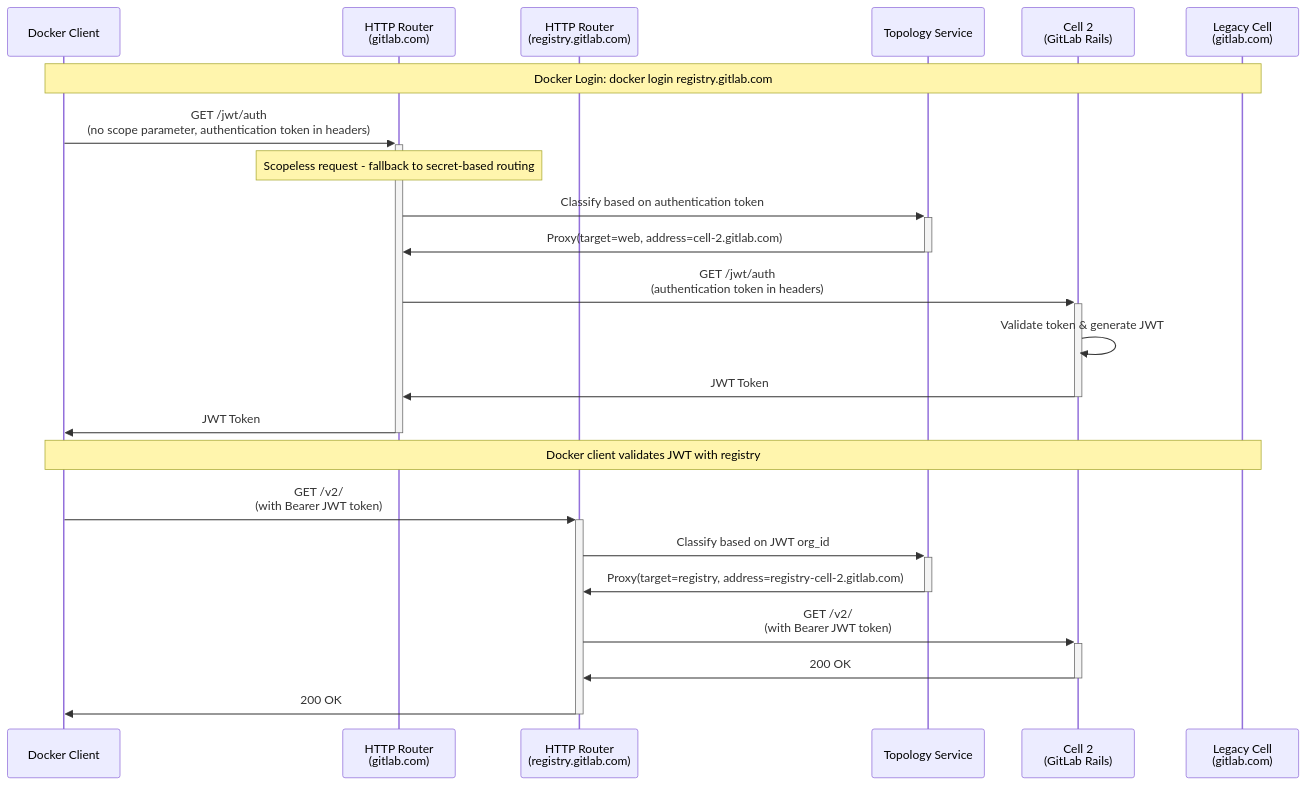
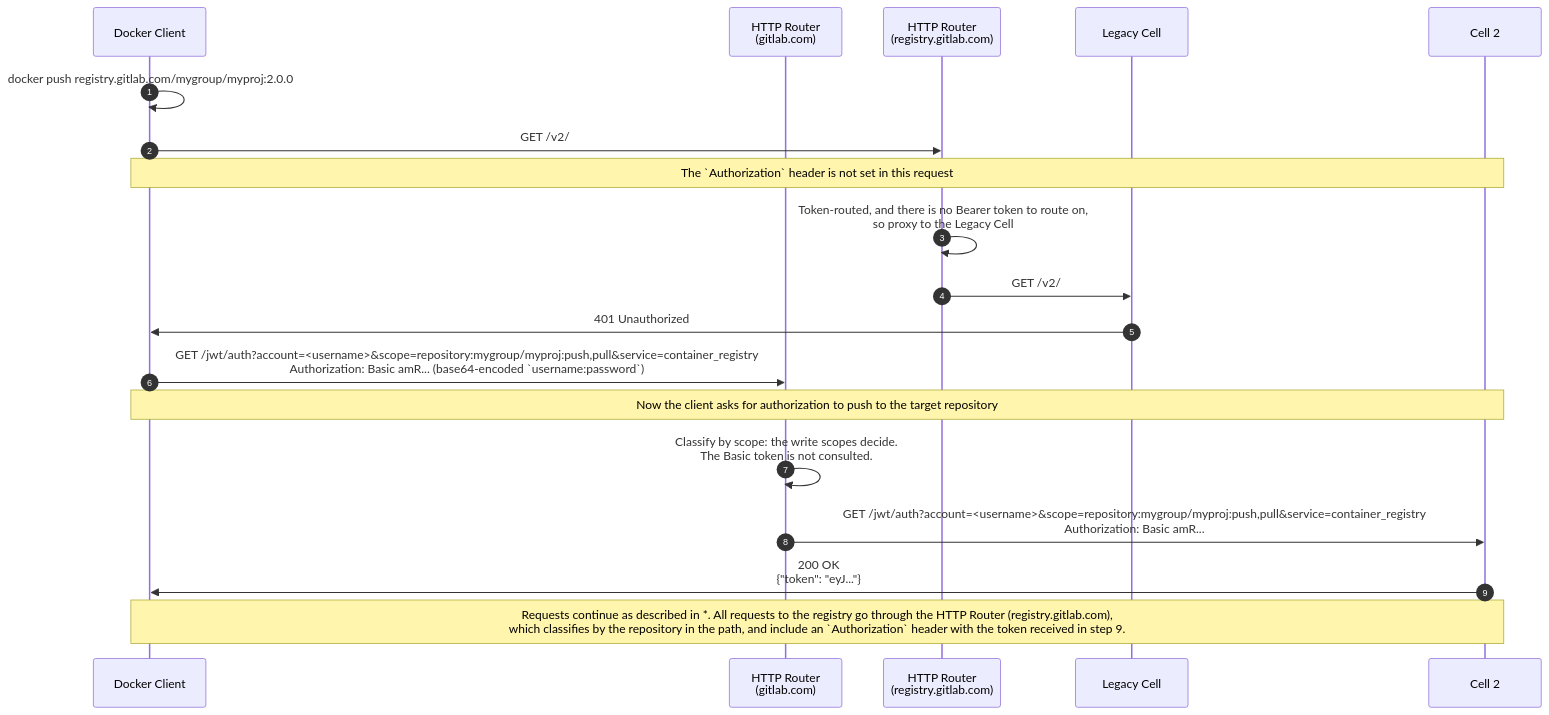
The seventh of 14 diagrams in content/handbook/engineering/architecture/design-documents/cells/container_registry_routing_service.md (kyama0/gitlab-handbook-ja), drawn with Mermaid before and after one commit. The commit also changed other lines of this file and 61 other files, not shown here.

````diff
--- a/content/handbook/engineering/architecture/design-documents/cells/container_registry_routing_service.md
+++ b/content/handbook/engineering/architecture/design-documents/cells/container_registry_routing_service.md
@@ -235,28 +357,21 @@
 ```mermaid
 sequenceDiagram
-    participant Docker as Docker Client
-    participant GitLabRouter as HTTP Router<br/>(gitlab.com)
-    participant RegistryRouter as HTTP Router<br/>(registry.gitlab.com)
-    participant TS as Topology Service
-    participant Cell2 as Cell 2<br/>(GitLab Rails)
-    participant Legacy as Legacy Cell<br/>(gitlab.com)
-
-    Note over Docker,Legacy: Docker Login: docker login registry.gitlab.com
-    
-    Docker->>+GitLabRouter: GET /jwt/auth<br/>(no scope parameter, authentication token in headers)
-    Note over GitLabRouter: Scopeless request - fallback to secret-based routing
-    GitLabRouter->>+TS: Classify based on authentication token
-    TS->>-GitLabRouter: Proxy(target=web, address=cell-2.gitlab.com)
-    GitLabRouter->>+Cell2: GET /jwt/auth<br/>(authentication token in headers)
-    Cell2->>Cell2: Validate token & generate JWT
-    Cell2->>-GitLabRouter: JWT Token
-    GitLabRouter->>-Docker: JWT Token
-    
-    Note over Docker,Legacy: Docker client validates JWT with registry
-    Docker->>+RegistryRouter: GET /v2/<br/>(with Bearer JWT token)
-    RegistryRouter->>+TS: Classify based on JWT org_id
-    TS->>-RegistryRouter: Proxy(target=registry, address=registry-cell-2.gitlab.com)
-    RegistryRouter->>+Cell2: GET /v2/<br/>(with Bearer JWT token)
-    Cell2->>-RegistryRouter: 200 OK
-    RegistryRouter->>-Docker: 200 OK
+  autonumber
+  participant Client as Docker Client
+  participant RouterAll as HTTP Router<br>(gitlab.com)
+  participant RouterRegistry as HTTP Router<br>(registry.gitlab.com)
+  participant CellLegacy as Legacy Cell
+  participant Cell2 as Cell 2
+  Client->>Client: docker push registry.gitlab.com/mygroup/myproj:2.0.0
+  Client->>RouterRegistry: GET /v2/
+  Note over Client,Cell2: The `Authorization` header is not set in this request
+  RouterRegistry->>RouterRegistry: Token-routed, and there is no Bearer token to route on,<br>so proxy to the Legacy Cell
+  RouterRegistry->>CellLegacy: GET /v2/
+  CellLegacy->>Client: 401 Unauthorized
+  Client->>RouterAll: GET /jwt/auth?account=<username>&scope=repository:mygroup/myproj:push,pull&service=container_registry<br>Authorization:    Basic amR... (base64-encoded `username:password`)
+  Note over Client,Cell2: Now the client asks for authorization to push to the target repository
+  RouterAll->>RouterAll: Classify by scope: the write scopes decide.<br>The Basic token is not consulted.
+  RouterAll->>Cell2: GET /jwt/auth?account=<username>&scope=repository:mygroup/myproj:push,pull&service=container_registry<br>Authorization:    Basic amR...
+  Cell2->>Client: 200 OK<br>{"token": "eyJ..."}
+  Note over Client,Cell2: Requests continue as described in *. All requests to the registry go through the HTTP Router (registry.gitlab.com),<br>which classifies by the repository in the path, and include an `Authorization` header with the token received in step 9.
 ```
````
